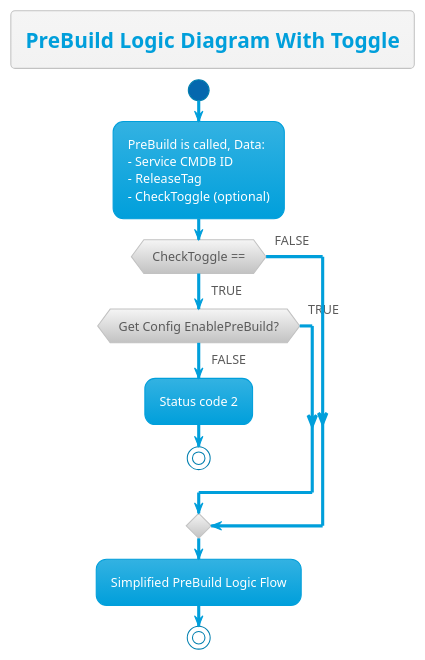
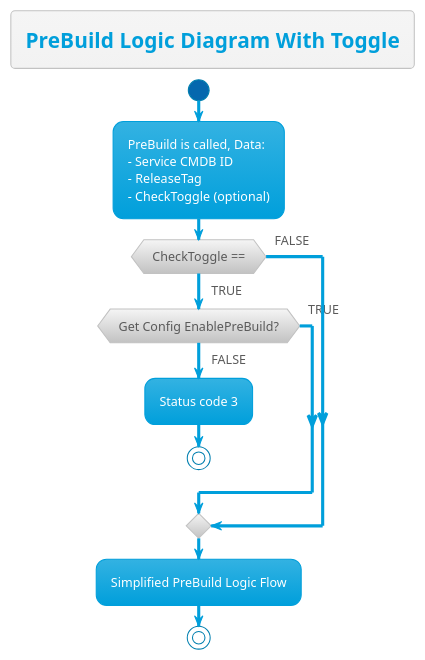
One commit to thetomitomo/diagrams changed the diagram in src/PreBuildFlow/ConditionsCheckToggleSimplified.plantuml. Above: the diagram before and after it, drawn with PlantUML. The commit also changed 3 other files, not shown here.

Commit message:
prebuild diagram fix

```diff
--- a/src/PreBuildFlow/ConditionsCheckToggleSimplified.plantuml
+++ b/src/PreBuildFlow/ConditionsCheckToggleSimplified.plantuml
@@ -1,25 +1,25 @@
 @startuml
 !theme bluegray
 skinparam FooterFontColor black
 
 title PreBuild Logic Diagram With Toggle
 
 start
 
 :PreBuild is called, Data:\n- Service CMDB ID\n- ReleaseTag\n- CheckToggle (optional);
 
 if (CheckToggle ==) then (FALSE)
     
 else (TRUE)
     if (Get Config EnablePreBuild?) then (FALSE)
-        :Status code 2;
+        :Status code 3;
         stop
     else (TRUE)
     endif
 endif
 
 :Simplified PreBuild Logic Flow;
 
 stop
 
 @enduml
```
